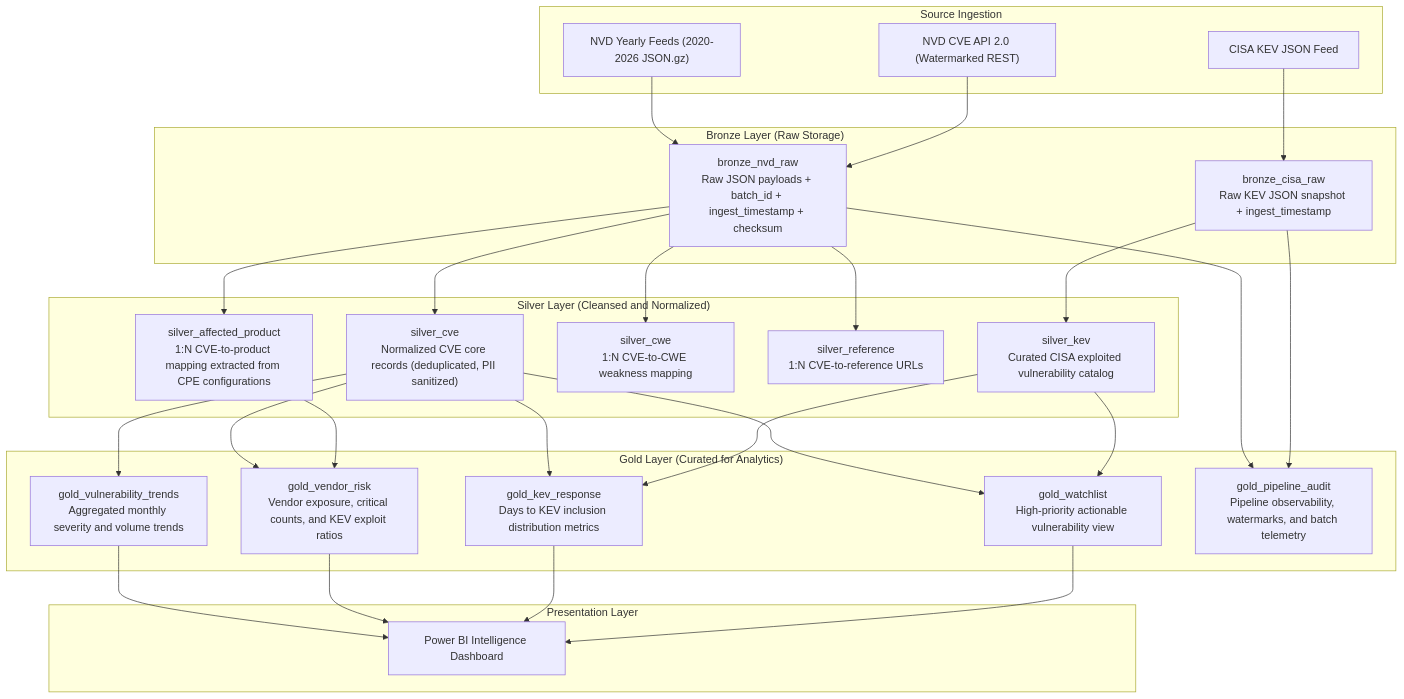
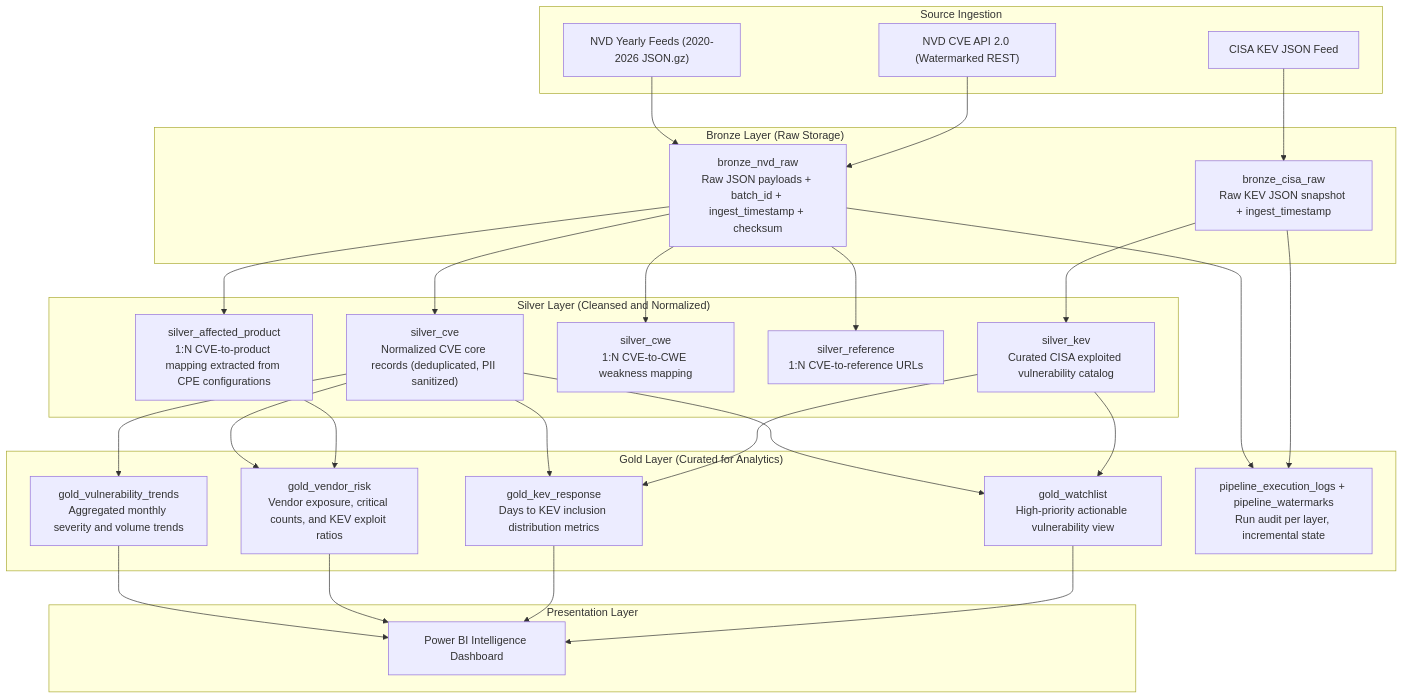
Before and after one commit to kashishfatima999/VulnPulse: the diagram in docs/ARCHITECTURE.md, drawn with Mermaid. The commit also changed other lines of this file, not shown here.

Commit message:
bronze: NVD incremental/backfill with watermark, KEV snapshot, docs: Phase 2 matrix, data dictionary, execution guide, evidence log"

````diff
--- a/docs/ARCHITECTURE.md
+++ b/docs/ARCHITECTURE.md
@@ -7,54 +7,54 @@
 ```mermaid
 flowchart TD
     subgraph Ingestion ["Source Ingestion"]
         NVD_Full["NVD Yearly Feeds (2020-2026 JSON.gz)"]
         NVD_Inc["NVD CVE API 2.0 (Watermarked REST)"]
         CISA_Feed["CISA KEV JSON Feed"]
     end
 
     subgraph Bronze ["Bronze Layer (Raw Storage)"]
         B_NVD["bronze_nvd_raw<br/>Raw JSON payloads + batch_id + ingest_timestamp + checksum"]
         B_CISA["bronze_cisa_raw<br/>Raw KEV JSON snapshot + ingest_timestamp"]
     end
 
     subgraph Silver ["Silver Layer (Cleansed and Normalized)"]
         S_CVE["silver_cve<br/>Normalized CVE core records (deduplicated, PII sanitized)"]
         S_Prod["silver_affected_product<br/>1:N CVE-to-product mapping extracted from CPE configurations"]
         S_CWE["silver_cwe<br/>1:N CVE-to-CWE weakness mapping"]
         S_Ref["silver_reference<br/>1:N CVE-to-reference URLs"]
         S_KEV["silver_kev<br/>Curated CISA exploited vulnerability catalog"]
     end
 
     subgraph Gold ["Gold Layer (Curated for Analytics)"]
         G_Trend["gold_vulnerability_trends<br/>Aggregated monthly severity and volume trends"]
         G_Vendor["gold_vendor_risk<br/>Vendor exposure, critical counts, and KEV exploit ratios"]
         G_KEV_Resp["gold_kev_response<br/>Days to KEV inclusion distribution metrics"]
         G_Watch["gold_watchlist<br/>High-priority actionable vulnerability view"]
-        G_Audit["gold_pipeline_audit<br/>Pipeline observability, watermarks, and batch telemetry"]
+        G_Audit["pipeline_execution_logs + pipeline_watermarks<br/>Run audit per layer, incremental state"]
     end
 
     subgraph Presentation ["Presentation Layer"]
         PowerBI["Power BI Intelligence Dashboard"]
     end
 
     NVD_Full --> B_NVD
     NVD_Inc --> B_NVD
     CISA_Feed --> B_CISA
 
     B_NVD --> S_CVE
     B_NVD --> S_Prod
     B_NVD --> S_CWE
     B_NVD --> S_Ref
     B_CISA --> S_KEV
 
     S_CVE --> G_Trend
     S_CVE & S_Prod --> G_Vendor
     S_CVE & S_KEV --> G_KEV_Resp
     S_CVE & S_KEV --> G_Watch
     B_NVD & B_CISA --> G_Audit
 
     G_Trend --> PowerBI
     G_Vendor --> PowerBI
     G_KEV_Resp --> PowerBI
     G_Watch --> PowerBI
 ```
````
